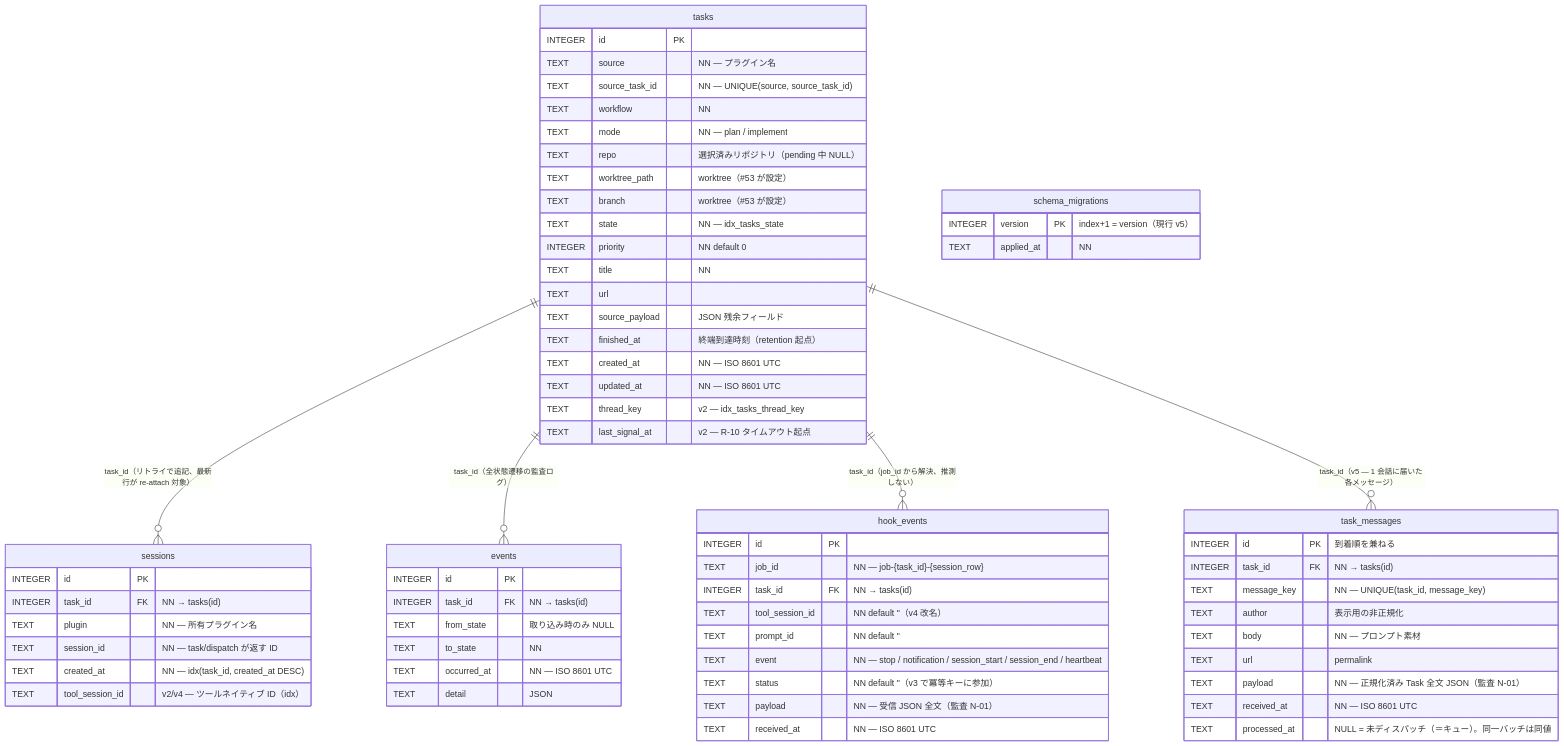
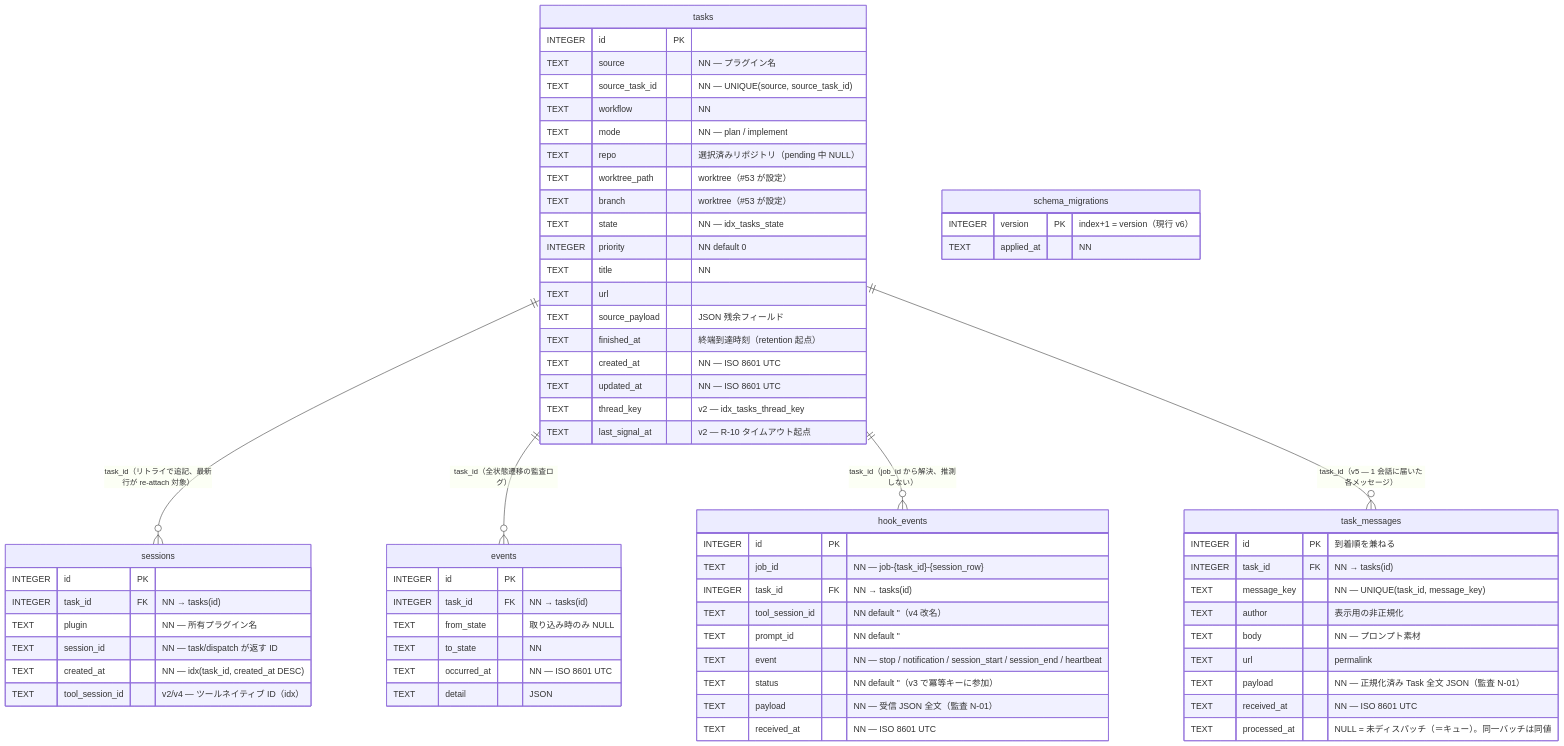
One commit to tomoya-k31/totsuka changed the diagram in docs/data/state-db.md. Above: the diagram before and after it, drawn with Mermaid. The commit also changed other lines of this file and 4 other files, not shown here.

````diff
--- a/docs/data/state-db.md
+++ b/docs/data/state-db.md
@@ -22,75 +22,75 @@
 ```mermaid
 erDiagram
     tasks ||--o{ sessions : "task_id（リトライで追記、最新行が re-attach 対象）"
     tasks ||--o{ events : "task_id（全状態遷移の監査ログ）"
     tasks ||--o{ hook_events : "task_id（job_id から解決、推測しない）"
     tasks ||--o{ task_messages : "task_id（v5 — 1 会話に届いた各メッセージ）"
 
     tasks {
         INTEGER id PK
         TEXT source "NN — プラグイン名"
         TEXT source_task_id "NN — UNIQUE(source, source_task_id)"
         TEXT workflow "NN"
         TEXT mode "NN — plan / implement"
         TEXT repo "選択済みリポジトリ（pending 中 NULL）"
         TEXT worktree_path "worktree（#53 が設定）"
         TEXT branch "worktree（#53 が設定）"
         TEXT state "NN — idx_tasks_state"
         INTEGER priority "NN default 0"
         TEXT title "NN"
         TEXT url
         TEXT source_payload "JSON 残余フィールド"
         TEXT finished_at "終端到達時刻（retention 起点）"
         TEXT created_at "NN — ISO 8601 UTC"
         TEXT updated_at "NN — ISO 8601 UTC"
         TEXT thread_key "v2 — idx_tasks_thread_key"
         TEXT last_signal_at "v2 — R-10 タイムアウト起点"
     }
 
     sessions {
         INTEGER id PK
         INTEGER task_id FK "NN → tasks(id)"
         TEXT plugin "NN — 所有プラグイン名"
         TEXT session_id "NN — task/dispatch が返す ID"
         TEXT created_at "NN — idx(task_id, created_at DESC)"
         TEXT tool_session_id "v2/v4 — ツールネイティブ ID（idx）"
     }
 
     events {
         INTEGER id PK
         INTEGER task_id FK "NN → tasks(id)"
         TEXT from_state "取り込み時のみ NULL"
         TEXT to_state "NN"
         TEXT occurred_at "NN — ISO 8601 UTC"
         TEXT detail "JSON"
     }
 
     hook_events {
         INTEGER id PK
         TEXT job_id "NN — job-{task_id}-{session_row}"
         INTEGER task_id FK "NN → tasks(id)"
         TEXT tool_session_id "NN default ''（v4 改名）"
         TEXT prompt_id "NN default ''"
         TEXT event "NN — stop / notification / session_start / session_end / heartbeat"
         TEXT status "NN default ''（v3 で冪等キーに参加）"
         TEXT payload "NN — 受信 JSON 全文（監査 N-01）"
         TEXT received_at "NN — ISO 8601 UTC"
     }
 
     task_messages {
         INTEGER id PK "到着順を兼ねる"
         INTEGER task_id FK "NN → tasks(id)"
         TEXT message_key "NN — UNIQUE(task_id, message_key)"
         TEXT author "表示用の非正規化"
         TEXT body "NN — プロンプト素材"
         TEXT url "permalink"
         TEXT payload "NN — 正規化済み Task 全文 JSON（監査 N-01）"
         TEXT received_at "NN — ISO 8601 UTC"
         TEXT processed_at "NULL = 未ディスパッチ（＝キュー）。同一バッチは同値"
     }
 
     schema_migrations {
-        INTEGER version PK "index+1 = version（現行 v5）"
+        INTEGER version PK "index+1 = version（現行 v6）"
         TEXT applied_at "NN"
     }
 ```
````
